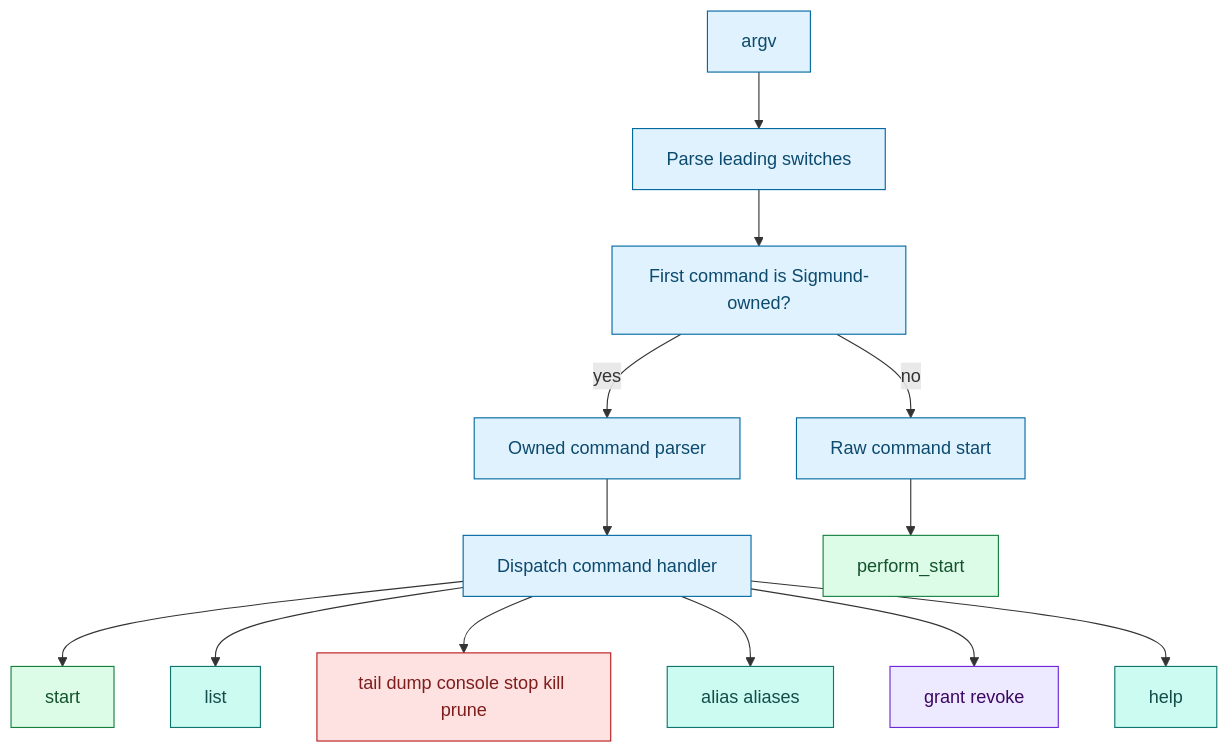
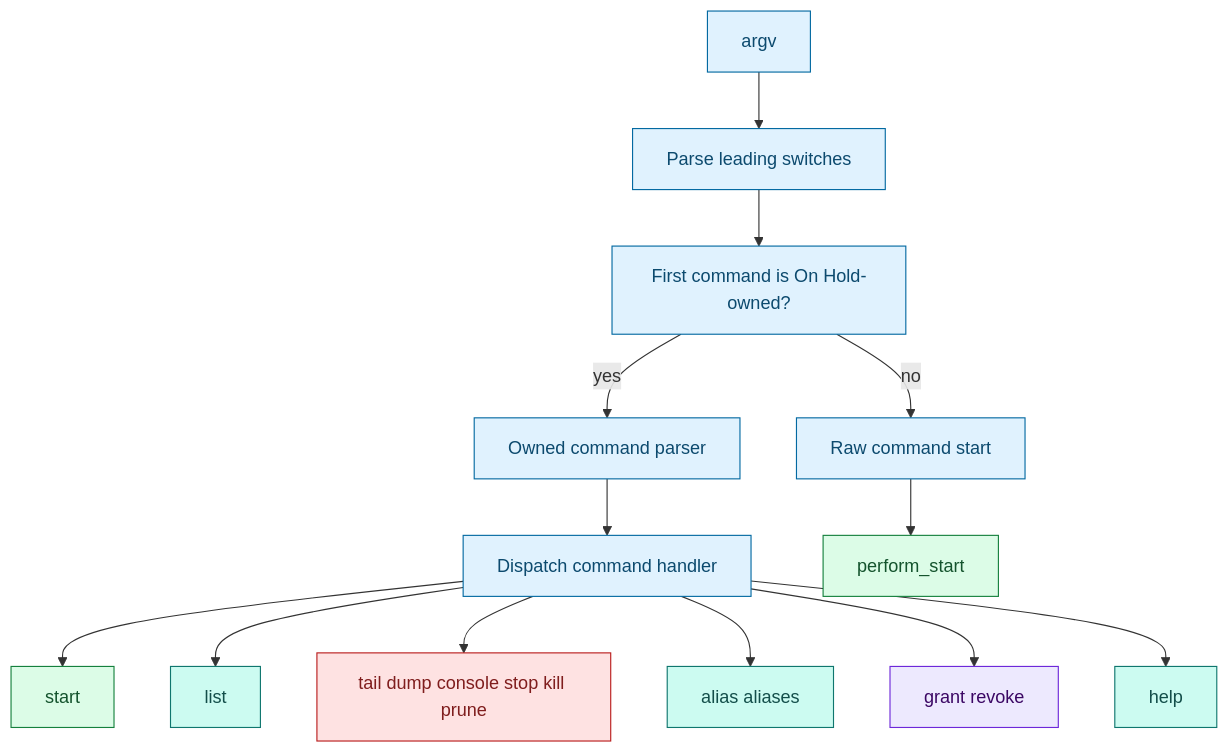
Before and after one commit to RchGrav/HoldOn: the diagram in docs/cli-contract.md, drawn with Mermaid. The commit also changed other lines of this file and 91 other files, not shown here.

````diff
--- a/docs/cli-contract.md
+++ b/docs/cli-contract.md
@@ -14,26 +14,26 @@
 ```mermaid
 flowchart TD
     Args["argv"] --> Leading["Parse leading switches"]
-    Leading --> OwnedCheck["First command is Sigmund-owned?"]
+    Leading --> OwnedCheck["First command is On Hold-owned?"]
     OwnedCheck -->|yes| Owned["Owned command parser"]
     OwnedCheck -->|no| Raw["Raw command start"]
     Owned --> Dispatch["Dispatch command handler"]
     Raw --> Start["perform_start"]
     Dispatch --> StartCmd["start"]
     Dispatch --> List["list"]
     Dispatch --> Actions["tail dump console stop kill prune"]
     Dispatch --> Alias["alias aliases"]
     Dispatch --> Access["grant revoke"]
     Dispatch --> Help["help"]
 
     classDef entry fill:#e0f2fe,stroke:#0369a1,color:#0c4a6e
     classDef launch fill:#dcfce7,stroke:#15803d,color:#14532d
     classDef action fill:#fee2e2,stroke:#b91c1c,color:#7f1d1d
     classDef privilege fill:#ede9fe,stroke:#6d28d9,color:#3b0764
     classDef script fill:#ccfbf1,stroke:#0f766e,color:#134e4a
     class Args,Leading,OwnedCheck,Owned,Raw,Dispatch entry
     class Start,StartCmd launch
     class Actions action
     class Access privilege
     class List,Alias,Help script
 ```
````
